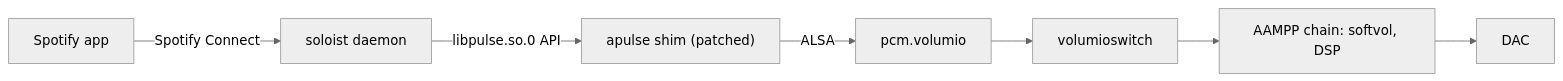
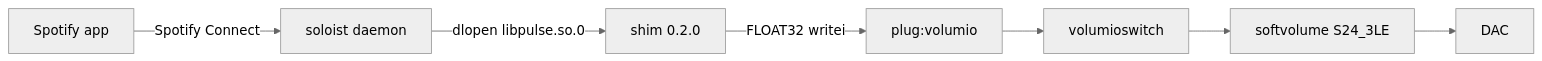
Before and after one commit to foonerd/alsa_soloist_connect: the first of 4 diagrams in README.md, drawn with Mermaid (neutral theme). The commit also changed other lines of this file and 66 other files, not shown here.

First line of the commit message:
feat(shim): replace apulse with in-tree Pulse shim 0.2.0

````diff
--- a/README.md
+++ b/README.md
@@ -32,9 +32,9 @@
 ```mermaid
 flowchart LR
-    A["Spotify app"] -->|"Spotify Connect"| B["soloist daemon"]
-    B -->|"libpulse.so.0 API"| C["apulse shim (patched)"]
-    C -->|"ALSA"| D["pcm.volumio"]
-    D --> E["volumioswitch"]
-    E --> F["AAMPP chain: softvol, DSP"]
-    F --> G["DAC"]
+    SpotifyApp["Spotify app"] -->|"Spotify Connect"| Soloist["soloist daemon"]
+    Soloist -->|"dlopen libpulse.so.0"| Shim["shim 0.2.0"]
+    Shim -->|"FLOAT32 writei"| Plug["plug:volumio"]
+    Plug --> Switch["volumioswitch"]
+    Switch --> Soft["softvolume S24_3LE"]
+    Soft --> Dac["DAC"]
 ```
````
